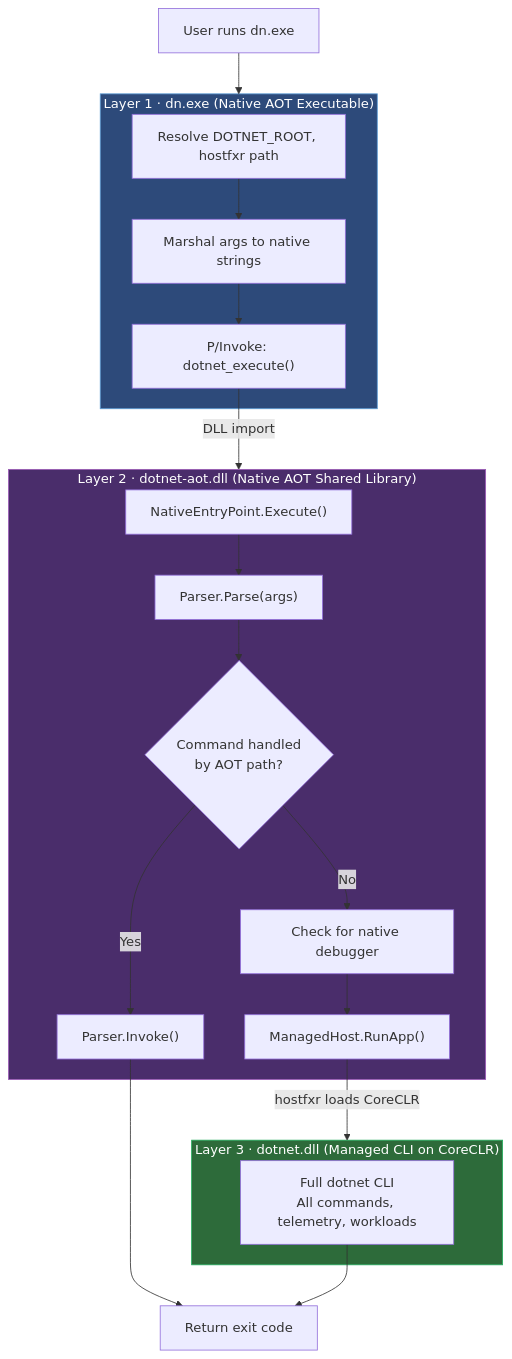
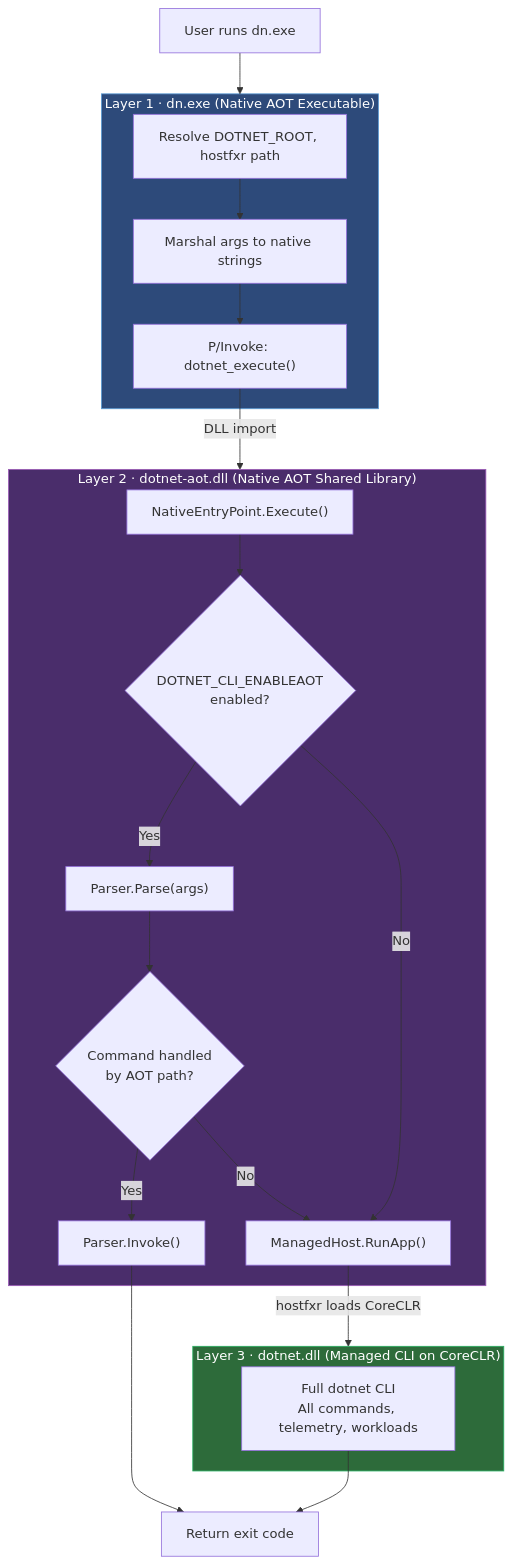
The first of 6 diagrams in src/Cli/dotnet-aot/DESIGN.md (dotnet/sdk), drawn with Mermaid before and after one commit. The commit also changed other lines of this file and 7 other files, not shown here.

First line of the commit message:
Gate AOT fast path behind DOTNET_CLI_ENABLEAOT (#54047)

````diff
--- a/src/Cli/dotnet-aot/DESIGN.md
+++ b/src/Cli/dotnet-aot/DESIGN.md
@@ -36,38 +36,40 @@
 ```mermaid
 graph TD
     User["User runs dn.exe"] --> L1
 
     subgraph L1["Layer 1 · dn.exe  (Native AOT Executable)"]
         Resolve["Resolve DOTNET_ROOT, hostfxr path"]
         Marshal["Marshal args to native strings"]
         PInvoke["P/Invoke: dotnet_execute()"]
         Resolve --> Marshal --> PInvoke
     end
 
     PInvoke -->|"DLL import"| L2
 
     subgraph L2["Layer 2 · dotnet-aot.dll  (Native AOT Shared Library)"]
         Entry["NativeEntryPoint.Execute()"]
+        AotCheck{"DOTNET_CLI_ENABLEAOT<br/>enabled?"}
         Parse["Parser.Parse(args)"]
         Fast{"Command handled<br/>by AOT path?"}
         Invoke["Parser.Invoke()"]
-        DebugCheck["Check for native debugger"]
         HostInit["ManagedHost.RunApp()"]
-        Entry --> Parse --> Fast
+        Entry --> AotCheck
+        AotCheck -- "Yes" --> Parse --> Fast
+        AotCheck -- "No" --> HostInit
         Fast -- "Yes" --> Invoke
-        Fast -- "No" --> DebugCheck --> HostInit
+        Fast -- "No" --> HostInit
     end
 
     Invoke --> Done["Return exit code"]
     HostInit -->|"hostfxr loads CoreCLR"| L3
 
     subgraph L3["Layer 3 · dotnet.dll  (Managed CLI on CoreCLR)"]
         FullCLI["Full dotnet CLI<br/>All commands, telemetry, workloads"]
     end
 
     FullCLI --> Done
 
     style L1 fill:#2d4a7a,stroke:#5b9bd5,color:#fff
     style L2 fill:#4a2d6b,stroke:#9b59b6,color:#fff
     style L3 fill:#2d6b3a,stroke:#27ae60,color:#fff
 ```
````
